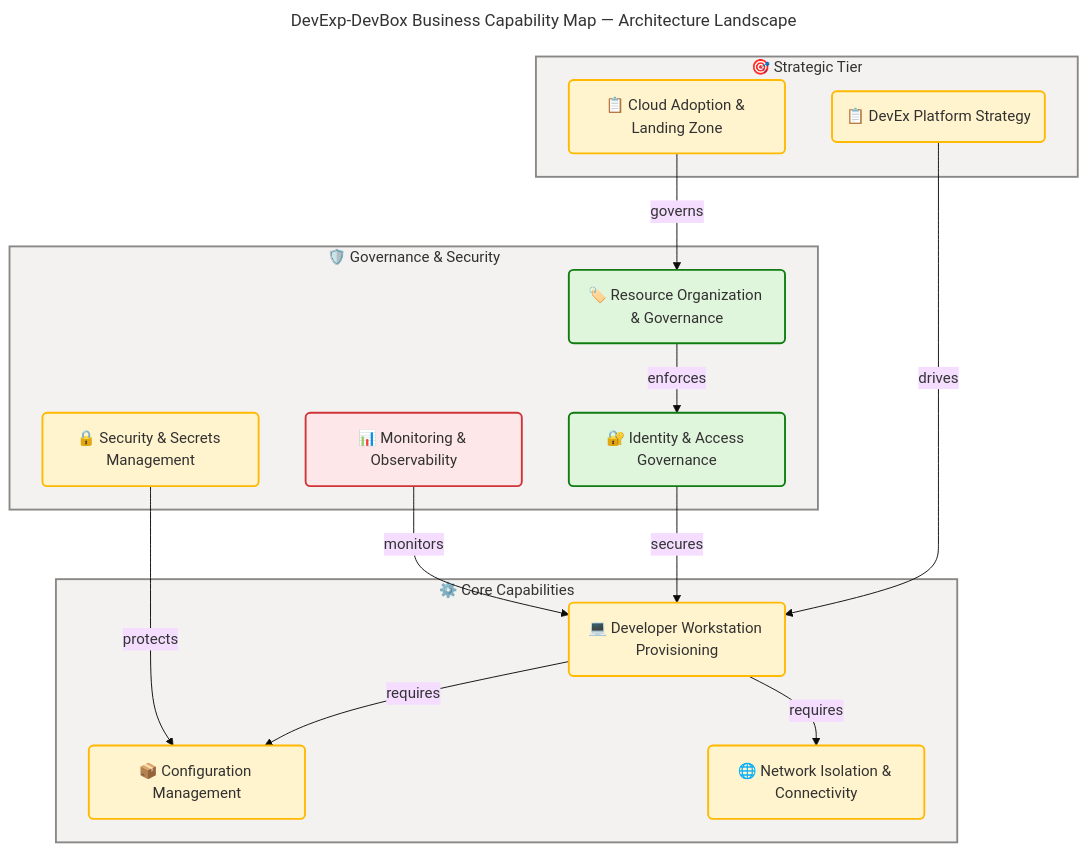
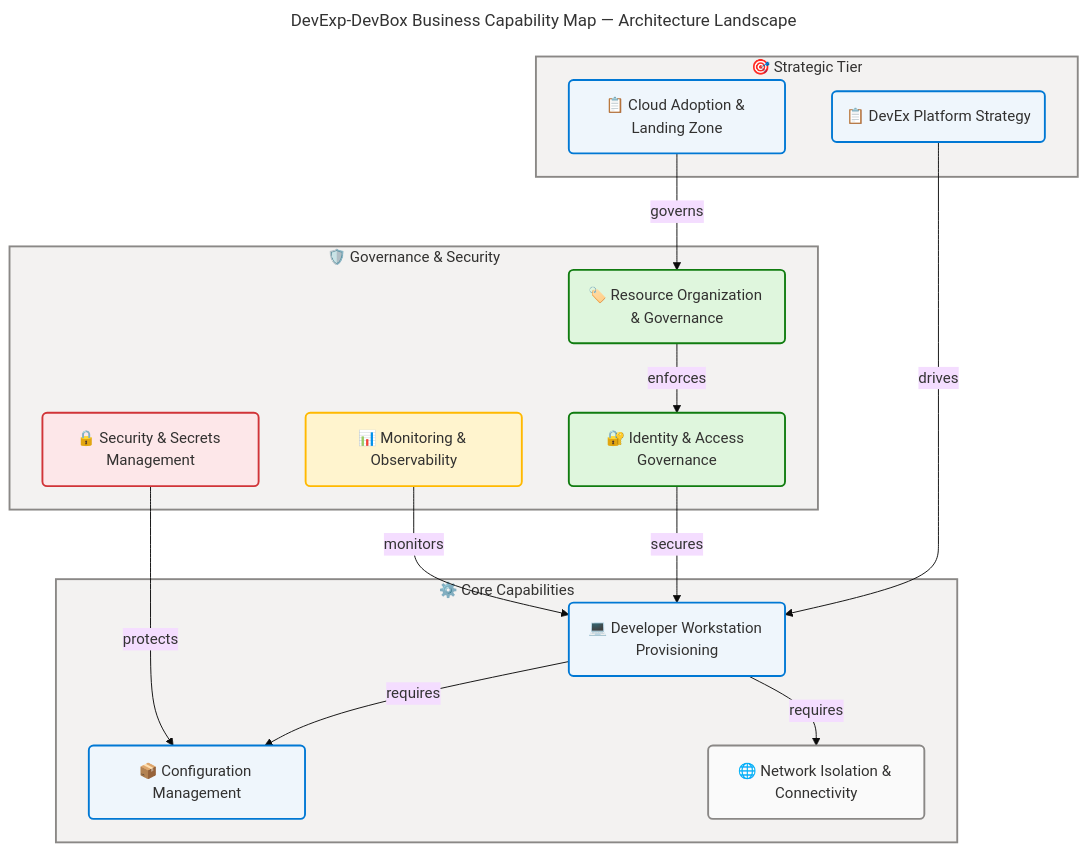
One commit to Evilazaro/DevExp-DevBox changed the first of 6 diagrams in docs/architecture/business-architecture.md. Above: the diagram before and after it, drawn with Mermaid. The commit also changed other lines of this file, not shown here.

Commit message:
docs: update Business Architecture documentation to refine component classification and adjust styling for clarity

````diff
--- a/docs/architecture/business-architecture.md
+++ b/docs/architecture/business-architecture.md
@@ -139,64 +139,64 @@
 ```mermaid
 ---
 title: DevExp-DevBox Business Capability Map — Architecture Landscape
 config:
   theme: base
   look: classic
   layout: dagre
   themeVariables:
     fontSize: '16px'
   flowchart:
     htmlLabels: true
 ---
 flowchart TB
     accTitle: DevExp-DevBox Business Capability Map — Architecture Landscape
     accDescr: Shows the 7 core business capabilities organized by strategic, operational, and supporting tiers with dependencies
 
     %% ═══════════════════════════════════════════════════════════════════════════
     %% AZURE / FLUENT ARCHITECTURE PATTERN v1.1
     %% (Semantic + Structural + Font + Accessibility Governance)
     %% ═══════════════════════════════════════════════════════════════════════════
     %% PHASE 1 - FLUENT UI: All styling uses approved Fluent UI palette only
     %% PHASE 2 - GROUPS: Every subgraph has semantic color via style directive
     %% PHASE 3 - COMPONENTS: Every node has semantic classDef + icon prefix
     %% PHASE 4 - ACCESSIBILITY: accTitle/accDescr present, WCAG AA contrast
     %% PHASE 5 - STANDARD: Governance block present, classDefs centralized
     %% ═══════════════════════════════════════════════════════════════════════════
 
     subgraph strategy["🎯 Strategic Tier"]
-        S1("📋 DevEx Platform Strategy"):::warning
-        S2("📋 Cloud Adoption & Landing Zone"):::warning
+        S1("📋 DevEx Platform Strategy"):::core
+        S2("📋 Cloud Adoption & Landing Zone"):::core
     end
 
     subgraph capabilities["⚙️ Core Capabilities"]
-        C1("💻 Developer Workstation Provisioning"):::warning
-        C2("📦 Configuration Management"):::warning
-        C3("🌐 Network Isolation & Connectivity"):::warning
+        C1("💻 Developer Workstation Provisioning"):::core
+        C2("📦 Configuration Management"):::core
+        C3("🌐 Network Isolation & Connectivity"):::neutral
     end
 
     subgraph governance["🛡️ Governance & Security"]
         G1("🔐 Identity & Access Governance"):::success
-        G2("🔒 Security & Secrets Management"):::warning
-        G3("📊 Monitoring & Observability"):::danger
+        G2("🔒 Security & Secrets Management"):::danger
+        G3("📊 Monitoring & Observability"):::warning
         G4("🏷️ Resource Organization & Governance"):::success
     end
 
     S1 -->|"drives"| C1
     S2 -->|"governs"| G4
     C1 -->|"requires"| C2
     C1 -->|"requires"| C3
     G1 -->|"secures"| C1
     G2 -->|"protects"| C2
     G3 -->|"monitors"| C1
     G4 -->|"enforces"| G1
 
     classDef neutral fill:#FAFAFA,stroke:#8A8886,stroke-width:2px,color:#323130
     classDef core fill:#EFF6FC,stroke:#0078D4,stroke-width:2px,color:#323130
     classDef success fill:#DFF6DD,stroke:#107C10,stroke-width:2px,color:#323130
     classDef warning fill:#FFF4CE,stroke:#FFB900,stroke-width:2px,color:#323130
     classDef danger fill:#FDE7E9,stroke:#D13438,stroke-width:2px,color:#323130
 
     style strategy fill:#F3F2F1,stroke:#8A8886,stroke-width:2px,color:#323130
     style capabilities fill:#F3F2F1,stroke:#8A8886,stroke-width:2px,color:#323130
     style governance fill:#F3F2F1,stroke:#8A8886,stroke-width:2px,color:#323130
 ```
````
